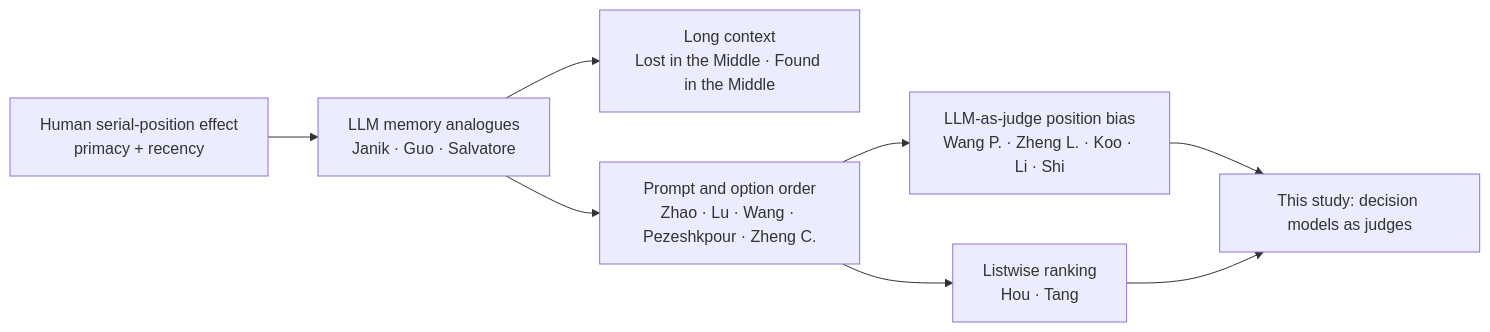
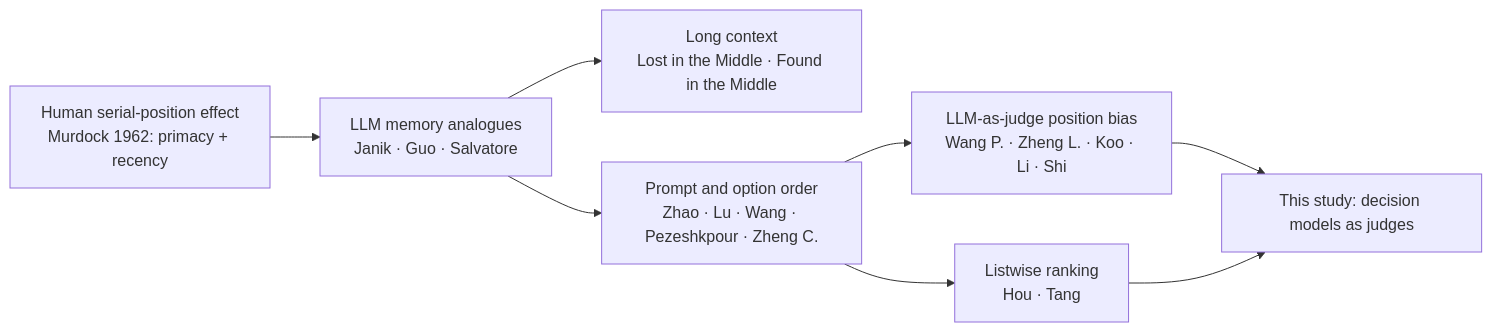
The diagram in sources/README.md (dorkitude/order-blind-decisions), drawn with Mermaid before and after one commit. The commit also changed other lines of this file and 3 other files, not shown here.

First line of the commit message:
Add Murdock (1962) and the serial-position curve to the README

````diff
--- a/sources/README.md
+++ b/sources/README.md
@@ -13,10 +13,10 @@
 ```mermaid
 flowchart LR
-    H[Human serial-position effect<br/>primacy + recency] --> M[LLM memory analogues<br/>Janik · Guo · Salvatore]
+    H[Human serial-position effect<br/>Murdock 1962: primacy + recency] --> M[LLM memory analogues<br/>Janik · Guo · Salvatore]
     M --> C[Long context<br/>Lost in the Middle · Found in the Middle]
     M --> P[Prompt and option order<br/>Zhao · Lu · Wang · Pezeshkpour · Zheng C.]
     P --> J[LLM-as-judge position bias<br/>Wang P. · Zheng L. · Koo · Li · Shi]
     P --> R[Listwise ranking<br/>Hou · Tang]
     J --> T[This study: decision models as judges]
     R --> T
 ```
````
